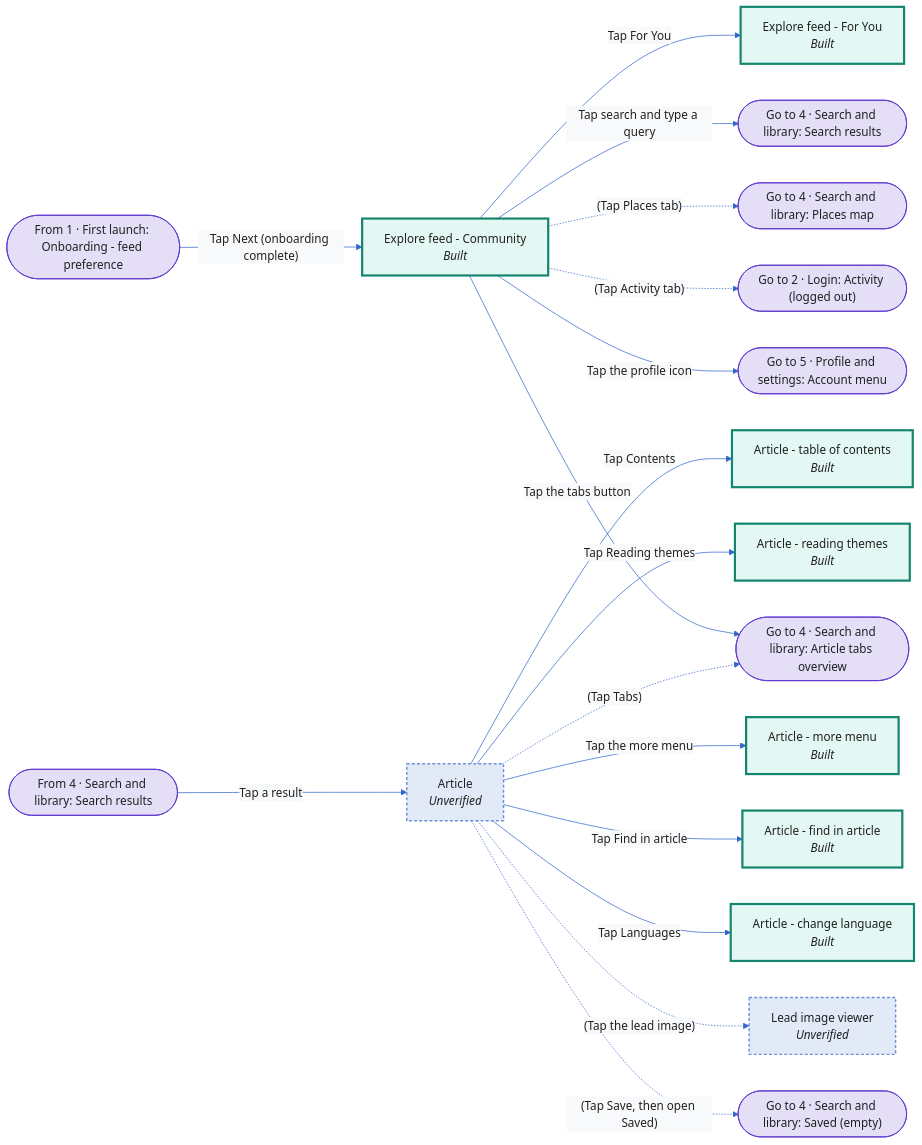
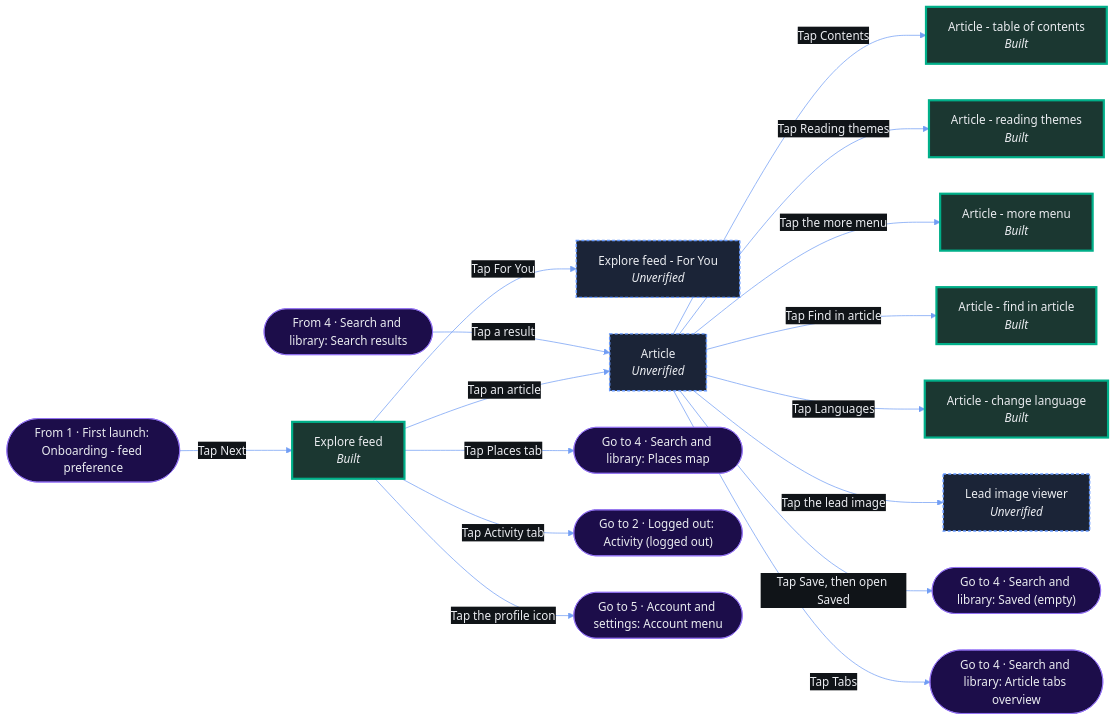
The sixth of 8 diagrams in examples/wikipedia-ios/generated/story-map.md (enjojoy/user-story-maps), drawn with Mermaid before and after one commit. The commit also changed other lines of this file and 114 other files, not shown here.

````diff
--- a/examples/wikipedia-ios/generated/story-map.md
+++ b/examples/wikipedia-ios/generated/story-map.md
@@ -236,42 +226,40 @@
 ```mermaid
-%%{init: {"theme":"base","themeVariables":{"fontFamily":"Helvetica","fontSize":"16px","primaryColor":"#FFFFFF","primaryTextColor":"#202122","primaryBorderColor":"#3366CC","lineColor":"#3366CC","secondaryColor":"#F8F9FA","tertiaryColor":"#F0F2F4"}}}%%
+%%{init: {"theme":"base","themeVariables":{"fontFamily":"Helvetica","fontSize":"16px","primaryColor":"#000000","primaryTextColor":"#EAECF0","primaryBorderColor":"#719DF4","lineColor":"#719DF4","secondaryColor":"#101418","tertiaryColor":"#1A1A1A"}}}%%
 flowchart LR
-  n_home["Explore feed - Community<br/><i>Built</i>"]:::built
-  n_home_foryou["Explore feed - For You<br/><i>Built</i>"]:::built
+  n_home["Explore feed<br/><i>Built</i>"]:::built
+  n_foryou["Explore feed - For You<br/><i>Unverified</i>"]:::unverified
   n_article["Article<br/><i>Unverified</i>"]:::unverified
   n_article_toc["Article - table of contents<br/><i>Built</i>"]:::built
   n_article_theme["Article - reading themes<br/><i>Built</i>"]:::built
   n_article_overflow["Article - more menu<br/><i>Built</i>"]:::built
   n_article_find["Article - find in article<br/><i>Built</i>"]:::built
   n_article_languages["Article - change language<br/><i>Built</i>"]:::built
-  n_image_gallery["Lead image viewer<br/><i>Unverified</i>"]:::unverified
+  n_gallery["Lead image viewer<br/><i>Unverified</i>"]:::unverified
   n_in_ob_feed(["From 1 · First launch: Onboarding - feed preference"]):::portal
-  n_out_search_results(["Go to 4 · Search and library: Search results"]):::portal
   n_in_search_results(["From 4 · Search and library: Search results"]):::portal
   n_out_saved(["Go to 4 · Search and library: Saved (empty)"]):::portal
   n_out_tabs_overview(["Go to 4 · Search and library: Article tabs overview"]):::portal
   n_out_places(["Go to 4 · Search and library: Places map"]):::portal
-  n_out_activity(["Go to 2 · Login: Activity (logged out)"]):::portal
-  n_out_profile(["Go to 5 · Profile and settings: Account menu"]):::portal
-  n_in_ob_feed -->|"Tap Next (onboarding complete)"| n_home
-  n_home -->|"Tap For You"| n_home_foryou
+  n_out_activity(["Go to 2 · Logged out: Activity (logged out)"]):::portal
+  n_out_profile(["Go to 5 · Account and settings: Account menu"]):::portal
+  n_in_ob_feed -->|"Tap Next"| n_home
+  n_home -->|"Tap For You"| n_foryou
+  n_home -->|"Tap an article"| n_article
   n_article -->|"Tap Contents"| n_article_toc
   n_article -->|"Tap Reading themes"| n_article_theme
   n_article -->|"Tap the more menu"| n_article_overflow
   n_article -->|"Tap Find in article"| n_article_find
   n_article -->|"Tap Languages"| n_article_languages
-  n_article -.->|"(Tap the lead image)"| n_image_gallery
-  n_home -->|"Tap search and type a query"| n_out_search_results
+  n_article -->|"Tap the lead image"| n_gallery
   n_in_search_results -->|"Tap a result"| n_article
-  n_article -.->|"(Tap Save, then open Saved)"| n_out_saved
-  n_article -.->|"(Tap Tabs)"| n_out_tabs_overview
-  n_home -->|"Tap the tabs button"| n_out_tabs_overview
-  n_home -.->|"(Tap Places tab)"| n_out_places
-  n_home -.->|"(Tap Activity tab)"| n_out_activity
+  n_article -->|"Tap Save, then open Saved"| n_out_saved
+  n_article -->|"Tap Tabs"| n_out_tabs_overview
+  n_home -->|"Tap Places tab"| n_out_places
+  n_home -->|"Tap Activity tab"| n_out_activity
   n_home -->|"Tap the profile icon"| n_out_profile
-  classDef built fill:#E3F7F3,stroke:#14866D,stroke-width:3px,color:#202122;
-  classDef partly fill:#F7F2E3,stroke:#D9A300,stroke-width:3px,color:#202122;
-  classDef unverified fill:#E3EAF7,stroke:#6B8FD6,stroke-width:2px,stroke-dasharray:4 3,color:#202122;
-  classDef missing fill:#E3ECF7,stroke:#72777D,stroke-width:2px,stroke-dasharray:5 4,color:#202122;
-  classDef portal fill:#E4DEF7,stroke:#5933CC,color:#202122;
+  classDef built fill:#1B3731,stroke:#00AF89,stroke-width:3px,color:#EAECF0;
+  classDef partly fill:#37301B,stroke:#FFCC33,stroke-width:3px,color:#EAECF0;
+  classDef unverified fill:#1B2437,stroke:#6699FF,stroke-width:2px,stroke-dasharray:4 3,color:#EAECF0;
+  classDef missing fill:#1B2837,stroke:#A2A9B1,stroke-width:2px,stroke-dasharray:5 4,color:#EAECF0;
+  classDef portal fill:#1C0D4A,stroke:#9271F4,color:#EAECF0;
 ```
````
